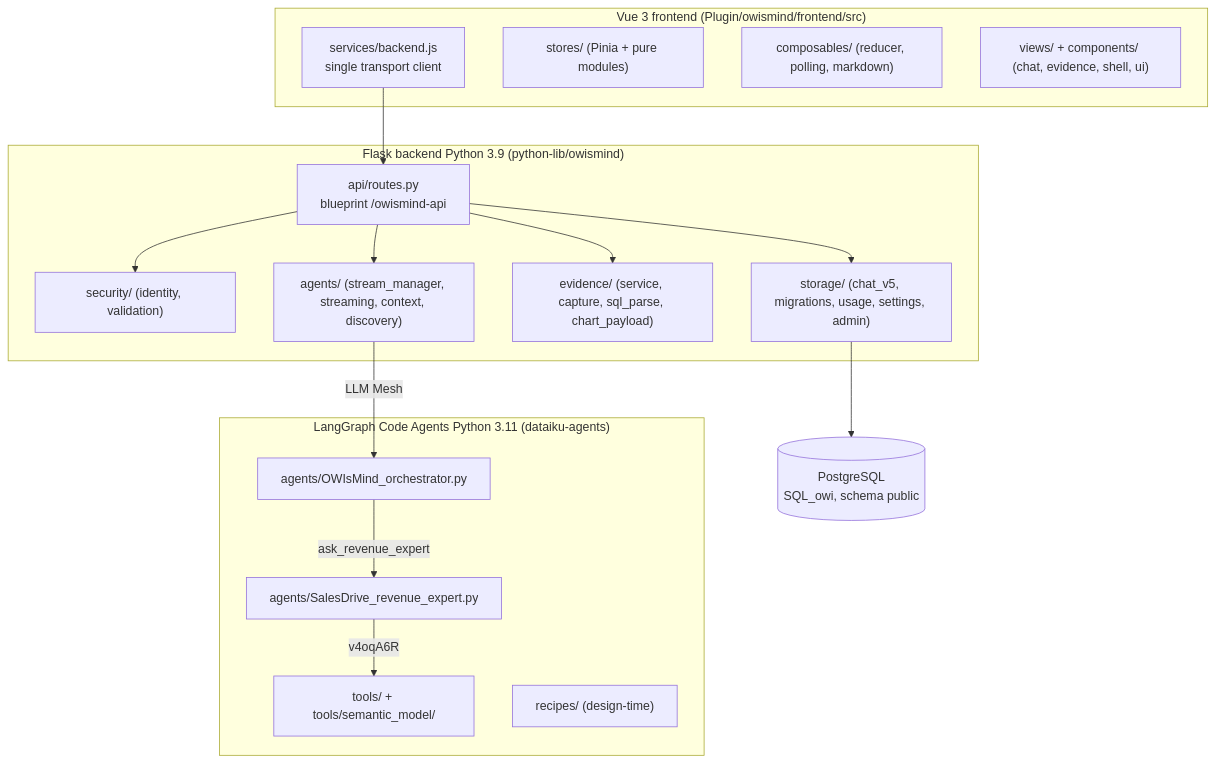
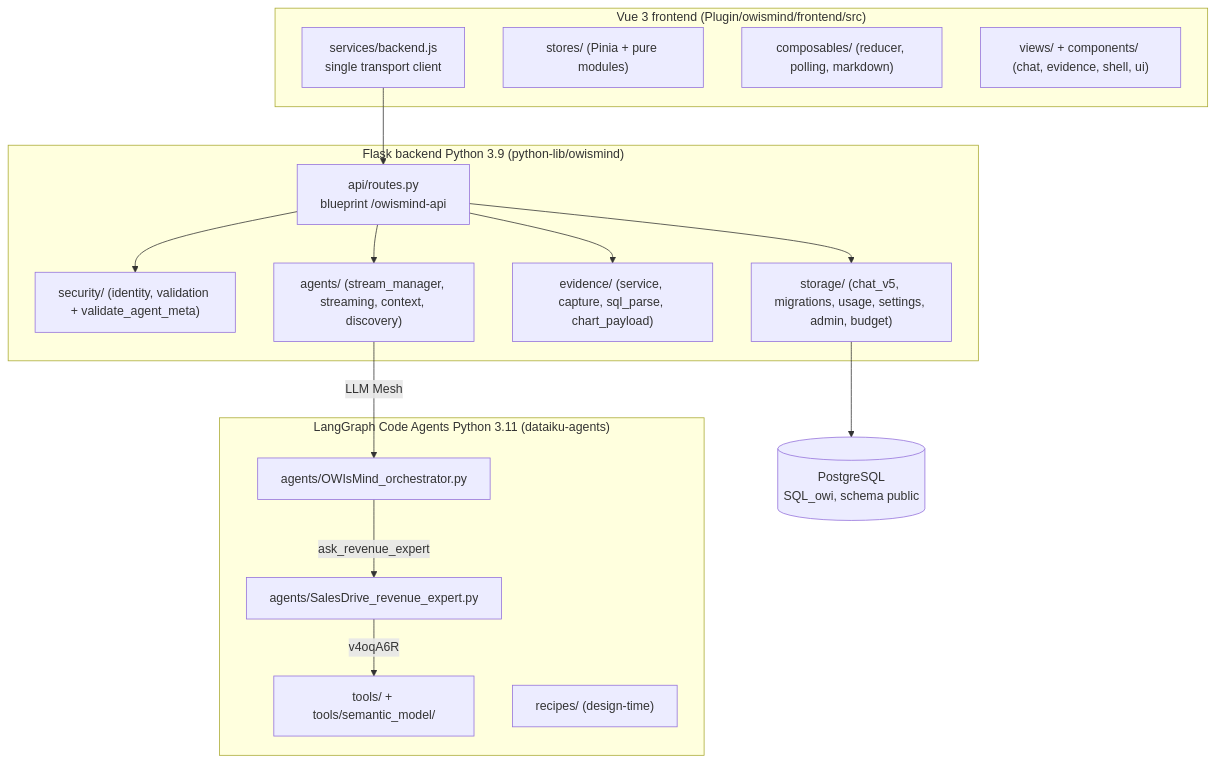
The diagram in project-documentation/02-architecture/02-component-map.md (SAIDCHAOUI/owismind-system), drawn with Mermaid before and after one commit. The commit also changed other lines of this file and 66 other files, not shown here.

````diff
--- a/project-documentation/02-architecture/02-component-map.md
+++ b/project-documentation/02-architecture/02-component-map.md
@@ -22,29 +22,29 @@
 ```mermaid
 flowchart TB
   subgraph FE["Vue 3 frontend (Plugin/owismind/frontend/src)"]
     FEsvc["services/backend.js<br/>single transport client"]
     FEstore["stores/ (Pinia + pure modules)"]
     FEcomp["composables/ (reducer, polling, markdown)"]
     FEview["views/ + components/ (chat, evidence, shell, ui)"]
   end
   subgraph BE["Flask backend Python 3.9 (python-lib/owismind)"]
     BEapi["api/routes.py<br/>blueprint /owismind-api"]
-    BEsec["security/ (identity, validation)"]
+    BEsec["security/ (identity, validation + validate_agent_meta)"]
     BEagt["agents/ (stream_manager, streaming, context, discovery)"]
     BEev["evidence/ (service, capture, sql_parse, chart_payload)"]
-    BEsto["storage/ (chat_v5, migrations, usage, settings, admin)"]
+    BEsto["storage/ (chat_v5, migrations, usage, settings, admin, budget)"]
   end
   subgraph AG["LangGraph Code Agents Python 3.11 (dataiku-agents)"]
     AGorch["agents/OWIsMind_orchestrator.py"]
     AGsub["agents/SalesDrive_revenue_expert.py"]
     AGtool["tools/ + tools/semantic_model/"]
     AGrec["recipes/ (design-time)"]
   end
   DB[("PostgreSQL<br/>SQL_owi, schema public")]
   FEsvc --> BEapi
   BEapi --> BEsec & BEagt & BEev & BEsto
   BEagt -->|LLM Mesh| AGorch
   AGorch -->|ask_revenue_expert| AGsub
   AGsub -->|v4oqA6R| AGtool
   BEsto --> DB
 ```
````
